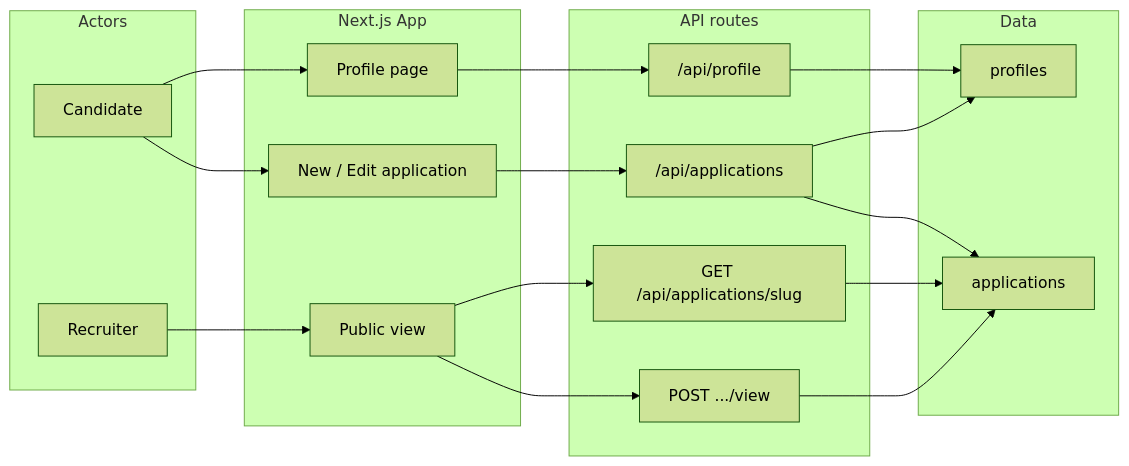
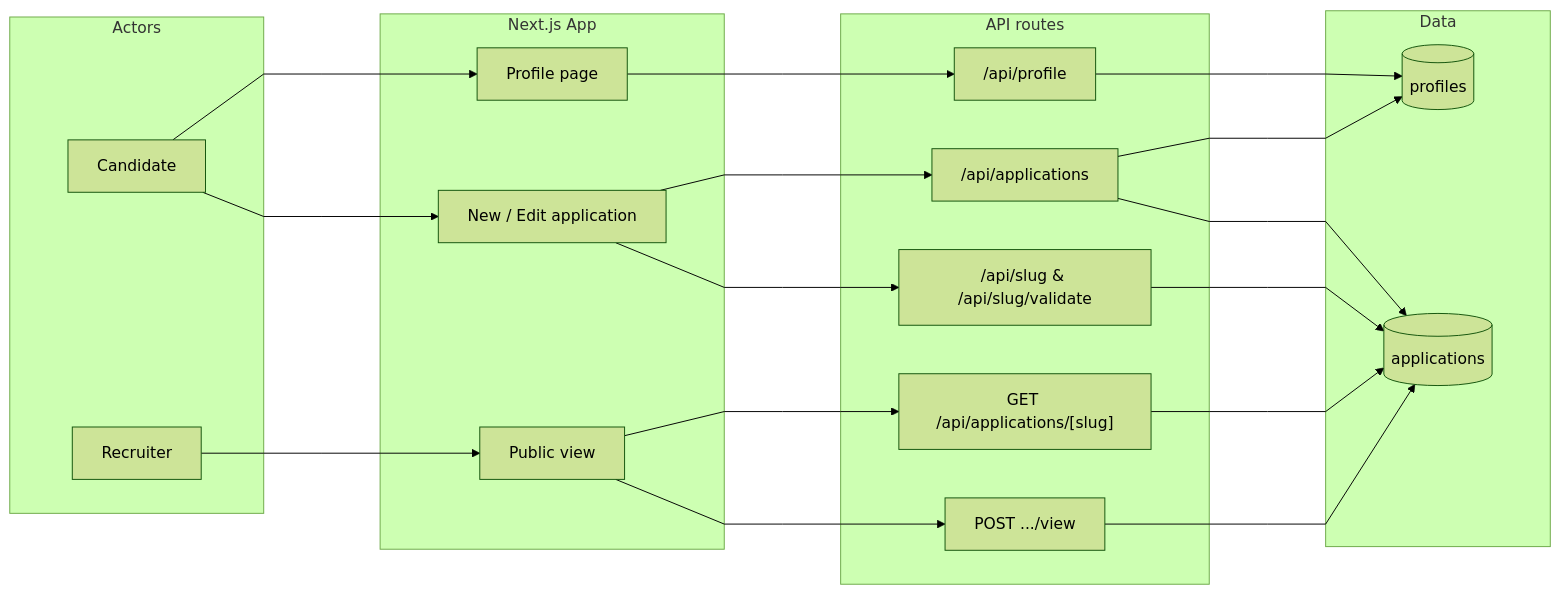
The first of 13 diagrams in docs/DATA_FLOW.md (joan-gerard/my-hire-view), drawn with Mermaid (forest theme) before and after one commit. The commit also changed 14 other files, not shown here.

````diff
--- a/docs/DATA_FLOW.md
+++ b/docs/DATA_FLOW.md
@@ -42,39 +42,44 @@
 ```mermaid
+%%{init: {'flowchart': {'rankSpacing': 120, 'nodeSpacing': 50, 'curve': 'linear'}}}%%
 flowchart LR
   subgraph Actors
     Candidate[Candidate]
     Recruiter[Recruiter]
   end
 
   subgraph App[Next.js App]
     ProfilePage[Profile page]
     NewEdit[New / Edit application]
     ViewPage[Public view]
   end
 
   subgraph APIs[API routes]
     ProfileAPI["/api/profile"]
     AppsAPI["/api/applications"]
-    SlugAPI["GET /api/applications/slug"]
+    SlugAPIs["/api/slug &amp; /api/slug/validate"]
+    ViewSlugAPI["GET /api/applications/[slug]"]
     ViewAPI["POST .../view"]
   end
 
   subgraph Data[Data]
-    Profiles[profiles]
-    Applications[applications]
+    Profiles[(profiles)]
+    Applications[(applications)]
   end
 
   Candidate --> ProfilePage
   Candidate --> NewEdit
+  Recruiter --> ViewPage
+
   ProfilePage --> ProfileAPI
   NewEdit --> AppsAPI
-  Recruiter --> ViewPage
-  ViewPage --> SlugAPI
+  NewEdit --> SlugAPIs
+  ViewPage --> ViewSlugAPI
   ViewPage --> ViewAPI
 
   ProfileAPI --> Profiles
   AppsAPI --> Profiles
   AppsAPI --> Applications
-  SlugAPI --> Applications
+  SlugAPIs --> Applications
+  ViewSlugAPI --> Applications
   ViewAPI --> Applications
 ```
````
